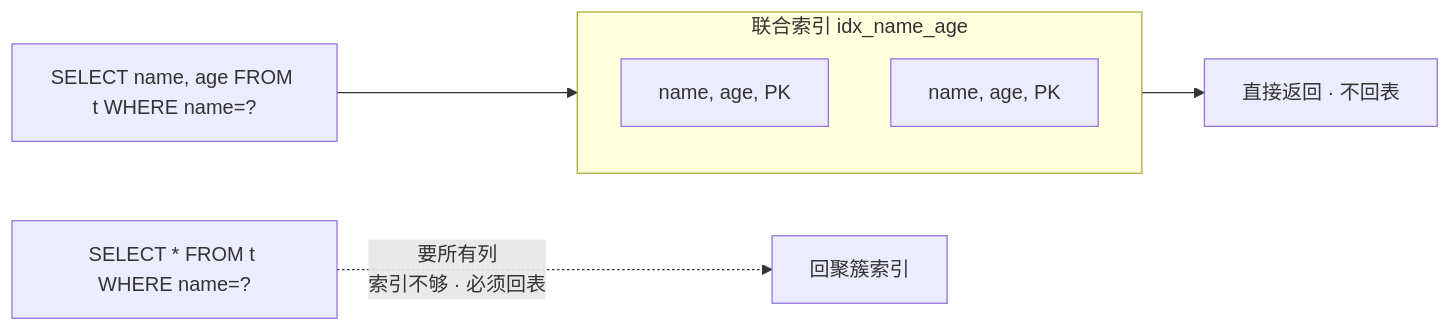
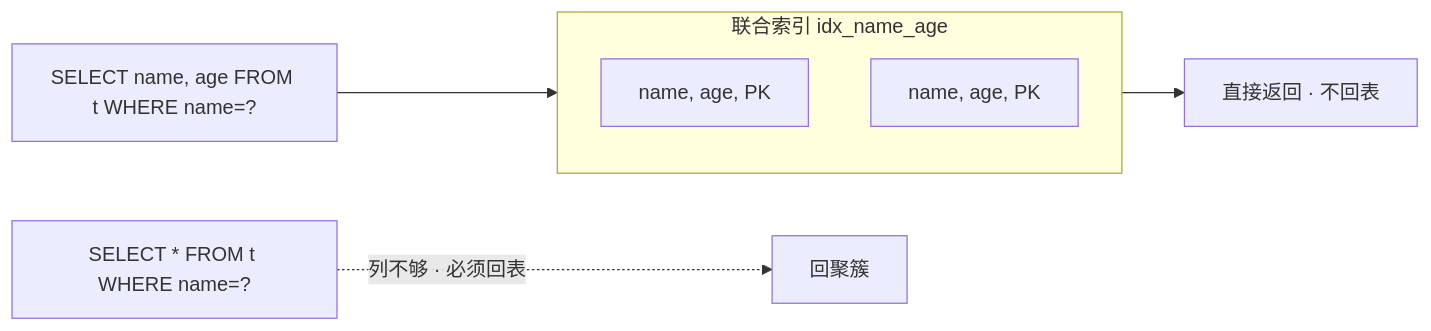
One commit to ml-cuizijun/LearnToLilith changed the fifth of 9 diagrams in 02-中间件与数据库/01-MySQL/02-索引与执行计划/知识点.md. Above: the diagram before and after it, drawn with Mermaid. The commit also changed other lines of this file and 178 other files, not shown here.

````diff
--- a/02-中间件与数据库/01-MySQL/02-索引与执行计划/知识点.md
+++ b/02-中间件与数据库/01-MySQL/02-索引与执行计划/知识点.md
@@ -185,10 +178,10 @@
 ```mermaid
 flowchart LR
     subgraph IDX["联合索引 idx_name_age"]
         I1["name, age, PK"]
         I2["name, age, PK"]
     end
     Q1["SELECT name, age FROM t WHERE name=?"] --> IDX
     IDX --> RESULT["直接返回 · 不回表"]
-    Q2["SELECT * FROM t WHERE name=?"] -.->|"要所有列<br/>索引不够 · 必须回表"| RT["回聚簇索引"]
+    Q2["SELECT * FROM t WHERE name=?"] -.->|"列不够 · 必须回表"| RT["回聚簇"]
 ```
````
